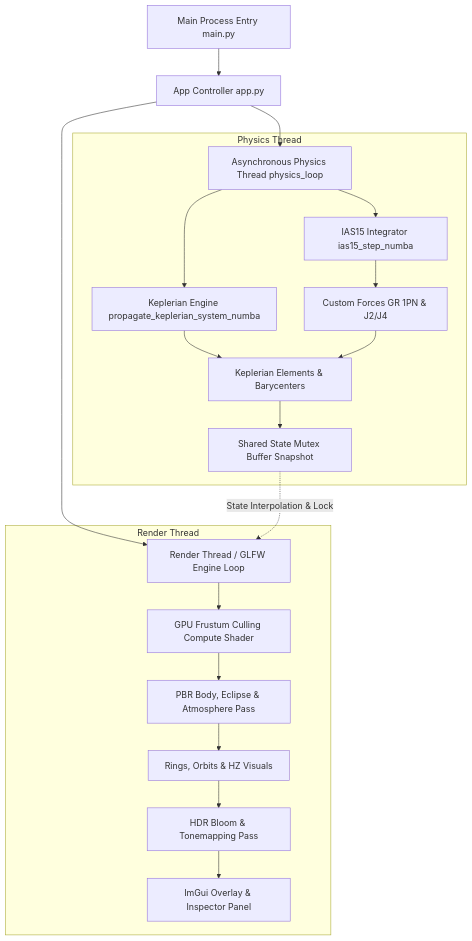
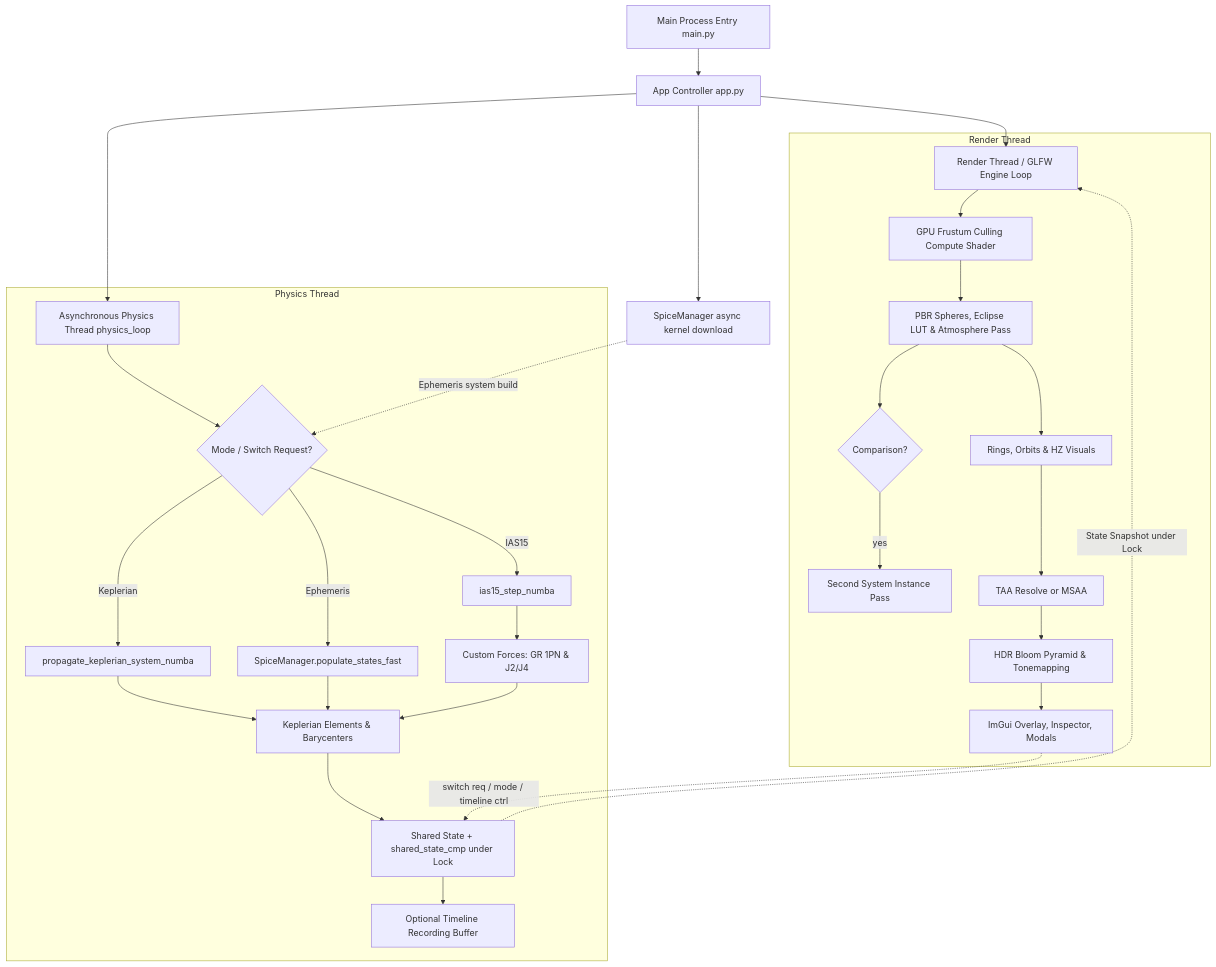
One commit to JustNoetic/Stellar-Forge changed the diagram in README.md. Above: the diagram before and after it, drawn with Mermaid. The commit also changed other lines of this file and 9 other files, not shown here.

````diff
--- a/README.md
+++ b/README.md
@@ -240,25 +273,35 @@
 ```mermaid
 graph TD
     A[Main Process Entry main.py] --> B[App Controller app.py]
     B --> C[Render Thread / GLFW Engine Loop]
     B --> D[Asynchronous Physics Thread physics_loop]
-    
+    B --> SP[SpiceManager async kernel download]
+
     subgraph Physics Thread
-        D --> E[IAS15 Integrator ias15_step_numba]
-        D --> E2[Keplerian Engine propagate_keplerian_system_numba]
-        E --> F[Custom Forces GR 1PN & J2/J4]
+        D --> SW{Mode / Switch Request?}
+        SW -->|IAS15| E[ias15_step_numba]
+        SW -->|Keplerian| E2[propagate_keplerian_system_numba]
+        SW -->|Ephemeris| SP2[SpiceManager.populate_states_fast]
+        E --> F[Custom Forces: GR 1PN & J2/J4]
         E2 --> G[Keplerian Elements & Barycenters]
+        SP2 --> G
         F --> G
-        G --> H[Shared State Mutex Buffer Snapshot]
+        G --> H[Shared State + shared_state_cmp under Lock]
+        H --> TL[Optional Timeline Recording Buffer]
     end
-    
+
     subgraph Render Thread
         C --> I[GPU Frustum Culling Compute Shader]
-        I --> J[PBR Body, Eclipse & Atmosphere Pass]
+        I --> J[PBR Spheres, Eclipse LUT & Atmosphere Pass]
+        J --> CMP{Comparison?}
+        CMP -->|yes| J2[Second System Instance Pass]
         J --> K[Rings, Orbits & HZ Visuals]
-        K --> L[HDR Bloom & Tonemapping Pass]
-        L --> M[ImGui Overlay & Inspector Panel]
+        K --> TAA[TAA Resolve or MSAA]
+        TAA --> L[HDR Bloom Pyramid & Tonemapping]
+        L --> M[ImGui Overlay, Inspector, Modals]
+        M -.->|switch req / mode / timeline ctrl| H
     end
-    
-    H -.->|State Interpolation & Lock| C
+
+    H -.->|State Snapshot under Lock| C
+    SP -.->|Ephemeris system build| SW
 ```
````
